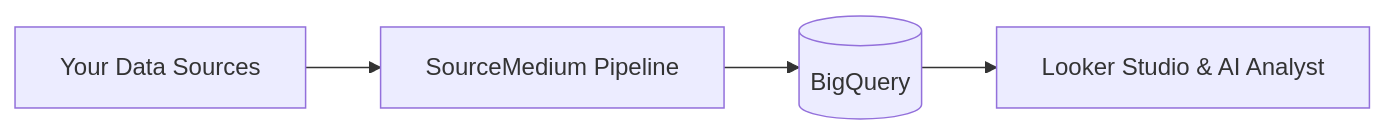
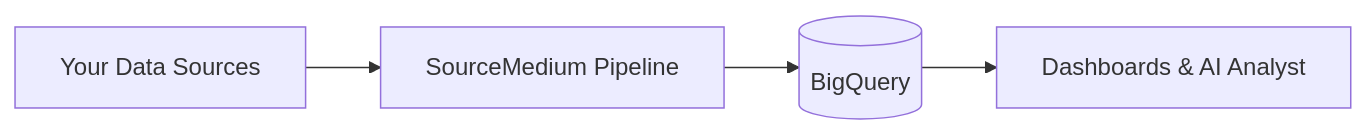
Before and after one commit to source-medium/sourcemedium-docs: the diagram in ai-analyst/setup.mdx, drawn with Mermaid. The commit also changed other lines of this file, not shown here.

Commit message:
docs(ai-analyst): update diagram to 'Dashboards & AI Analyst'

````diff
--- a/ai-analyst/setup.mdx
+++ b/ai-analyst/setup.mdx
@@ -12,4 +12,4 @@
 ```mermaid
 flowchart LR
-    A[Your Data Sources] --> B[SourceMedium Pipeline] --> C[(BigQuery)] --> D[Looker Studio & AI Analyst]
+    A[Your Data Sources] --> B[SourceMedium Pipeline] --> C[(BigQuery)] --> D[Dashboards & AI Analyst]
 ```
````
